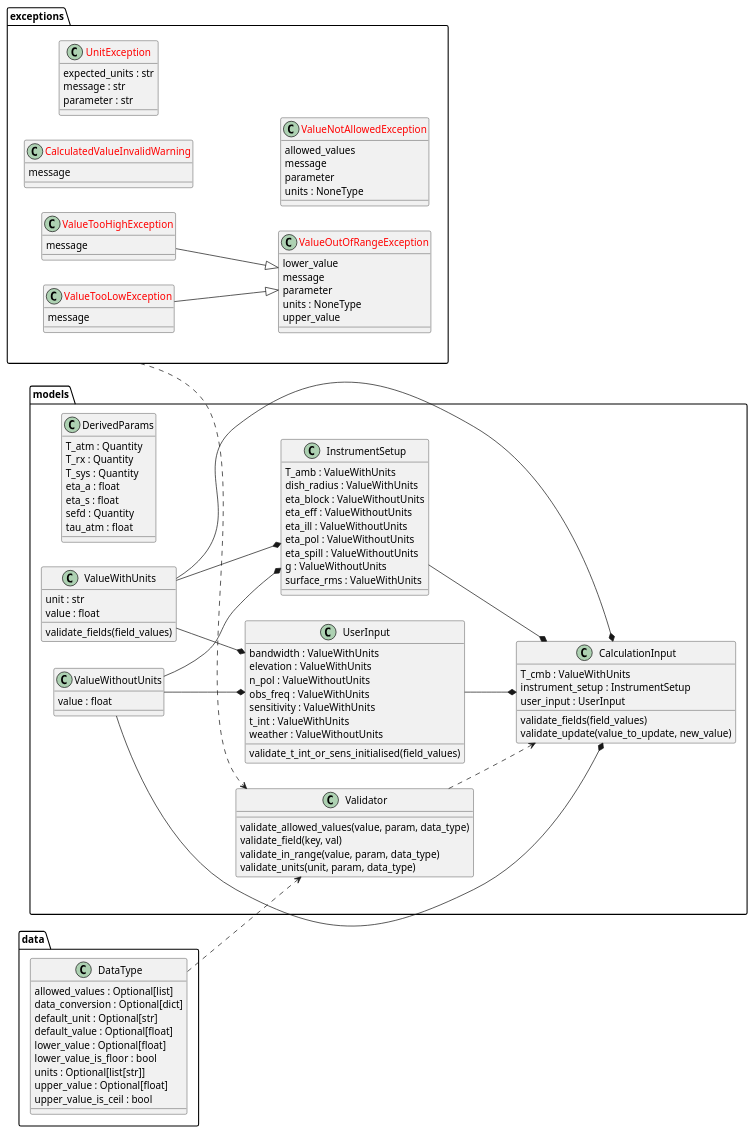
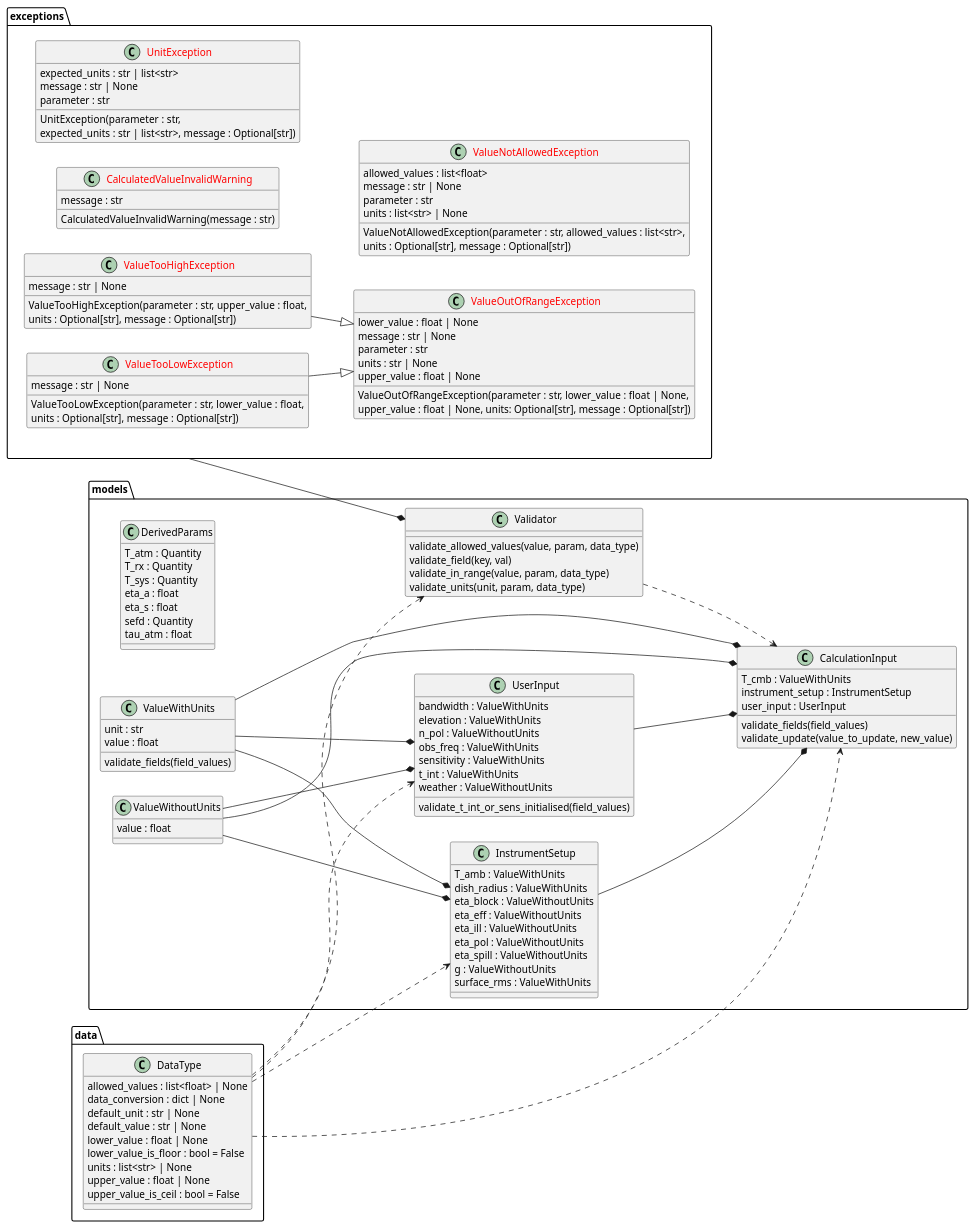
The diagram in docs/uml/data_model.puml (ukatc/AtLAST_sensitivity_calculator), drawn with PlantUML before and after one commit. The commit also changed 4 other files, not shown here.

Commit message:
WIP UML updates

```diff
--- a/docs/uml/data_model.puml
+++ b/docs/uml/data_model.puml
@@ -1,108 +1,122 @@
 @startuml data_model
 
 left to right direction
 
 class "<color:red>CalculatedValueInvalidWarning</color>" as exceptions.CalculatedValueInvalidWarning {
-  message
+  message : str
+  CalculatedValueInvalidWarning(message : str)
 }
 class "CalculationInput" as models.CalculationInput {
   T_cmb : ValueWithUnits
   instrument_setup : InstrumentSetup
   user_input : UserInput
   validate_fields(field_values)
   validate_update(value_to_update, new_value)
 }
 class "DataType" as data.DataType {
-  allowed_values : Optional[list]
-  data_conversion : Optional[dict]
-  default_unit : Optional[str]
-  default_value : Optional[float]
-  lower_value : Optional[float]
-  lower_value_is_floor : bool
-  units : Optional[list[str]]
-  upper_value : Optional[float]
-  upper_value_is_ceil : bool
+  allowed_values : list<float> | None
+  data_conversion : dict | None
+  default_unit : str | None
+  default_value : str | None
+  lower_value : float | None
+  lower_value_is_floor : bool = False
+  units : list<str> | None
+  upper_value : float | None
+  upper_value_is_ceil : bool = False
 }
 class "DerivedParams" as models.DerivedParams {
   T_atm : Quantity
   T_rx : Quantity
   T_sys : Quantity
   eta_a : float
   eta_s : float
   sefd : Quantity
   tau_atm : float
 }
 class "InstrumentSetup" as models.InstrumentSetup {
   T_amb : ValueWithUnits
   dish_radius : ValueWithUnits
   eta_block : ValueWithoutUnits
   eta_eff : ValueWithoutUnits
   eta_ill : ValueWithoutUnits
   eta_pol : ValueWithoutUnits
   eta_spill : ValueWithoutUnits
   g : ValueWithoutUnits
   surface_rms : ValueWithUnits
 }
 class "<color:red>UnitException</color>" as exceptions.UnitException {
-  expected_units : str
-  message : str
+  expected_units : str | list<str>
+  message : str | None
   parameter : str
+  UnitException(parameter : str,
+  expected_units : str | list<str>, message : Optional[str])
 }
 class "UserInput" as models.UserInput {
   bandwidth : ValueWithUnits
   elevation : ValueWithUnits
   n_pol : ValueWithoutUnits
   obs_freq : ValueWithUnits
   sensitivity : ValueWithUnits
   t_int : ValueWithUnits
   weather : ValueWithoutUnits
   validate_t_int_or_sens_initialised(field_values)
 }
 class "Validator" as models.Validator {
   validate_allowed_values(value, param, data_type)
   validate_field(key, val)
   validate_in_range(value, param, data_type)
   validate_units(unit, param, data_type)
 }
 class "<color:red>ValueNotAllowedException</color>" as exceptions.ValueNotAllowedException {
-  allowed_values
-  message
-  parameter
-  units : NoneType
+  allowed_values : list<float>
+  message : str | None
+  parameter : str
+  units : list<str> | None
+  ValueNotAllowedException(parameter : str, allowed_values : list<str>,
+  units : Optional[str], message : Optional[str])
 }
 class "<color:red>ValueOutOfRangeException</color>" as exceptions.ValueOutOfRangeException {
-  lower_value
-  message
-  parameter
-  units : NoneType
-  upper_value
+  lower_value : float | None
+  message : str | None
+  parameter : str
+  units : str | None
+  upper_value : float | None
+  ValueOutOfRangeException(parameter : str, lower_value : float | None,
+  upper_value : float | None, units: Optional[str], message : Optional[str])
 }
 class "<color:red>ValueTooHighException</color>" as exceptions.ValueTooHighException {
-  message
+  message : str | None
+  ValueTooHighException(parameter : str, upper_value : float,
+  units : Optional[str], message : Optional[str])
 }
 class "<color:red>ValueTooLowException</color>" as exceptions.ValueTooLowException {
-  message
+  message : str | None
+  ValueTooLowException(parameter : str, lower_value : float,
+  units : Optional[str], message : Optional[str])
 }
 class "ValueWithUnits" as models.ValueWithUnits {
   unit : str
   value : float
   validate_fields(field_values)
 }
 class "ValueWithoutUnits" as models.ValueWithoutUnits {
   value : float
 }
 
-InstrumentSetup --* CalculationInput
-UserInput --* CalculationInput
-Validator ..> CalculationInput
-exceptions ..> Validator
-DataType ..> Validator
-ValueWithUnits --* CalculationInput
-ValueWithUnits --* UserInput
-ValueWithUnits --* InstrumentSetup
-ValueWithoutUnits --* CalculationInput
-ValueWithoutUnits --* UserInput
-ValueWithoutUnits --* InstrumentSetup
-ValueTooHighException --|> ValueOutOfRangeException
-ValueTooLowException --|> ValueOutOfRangeException
+models.InstrumentSetup --* models.CalculationInput
+models.UserInput --* models.CalculationInput
+models.Validator ..> models.CalculationInput
+exceptions --* models.Validator
+data.DataType ..> models.Validator
+data.DataType ..> models.CalculationInput
+data.DataType ..> models.UserInput
+data.DataType ..> models.InstrumentSetup
+models.ValueWithUnits --* models.CalculationInput
+models.ValueWithUnits --* models.UserInput
+models.ValueWithUnits --* models.InstrumentSetup
+models.ValueWithoutUnits --* models.CalculationInput
+models.ValueWithoutUnits --* models.UserInput
+models.ValueWithoutUnits --* models.InstrumentSetup
+exceptions.ValueTooHighException --|> exceptions.ValueOutOfRangeException
+exceptions.ValueTooLowException --|> exceptions.ValueOutOfRangeException
 @enduml
```
